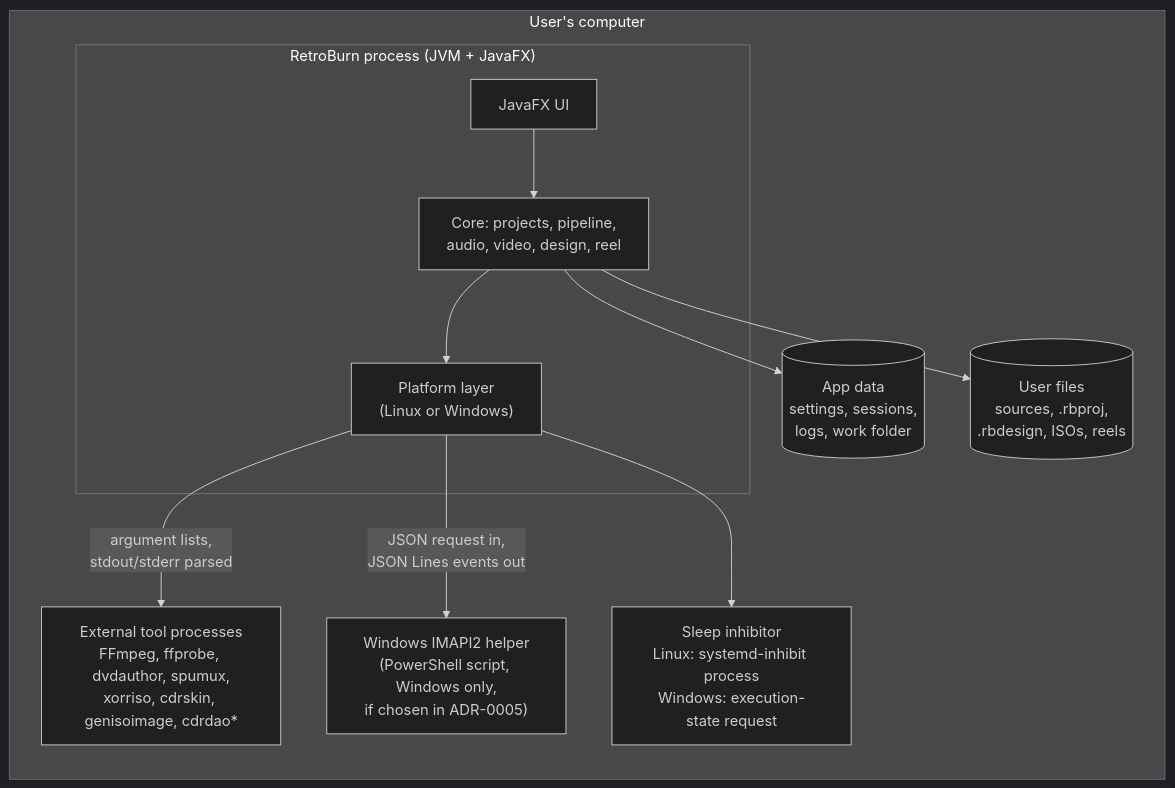
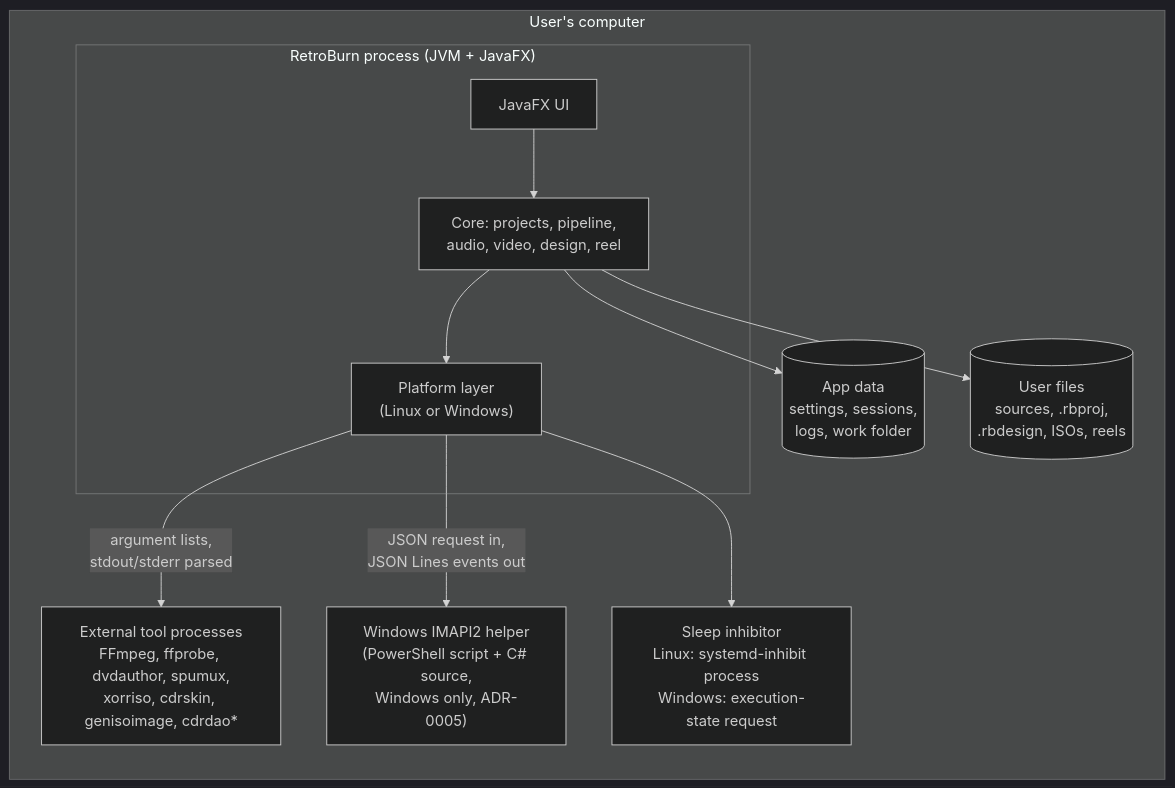
One commit to aerohelper/retroburn changed the second of 2 diagrams in docs/architecture/SAD.md. Above: the diagram before and after it, drawn with Mermaid (dark theme). The commit also changed other lines of this file and 8 other files, not shown here.

First line of the commit message:
docs: accept the PowerShell helper for IMAPI2 and design the Windows platform

````diff
--- a/docs/architecture/SAD.md
+++ b/docs/architecture/SAD.md
@@ -241,21 +241,21 @@
 ```mermaid
 flowchart LR
     subgraph machine["User's computer"]
         subgraph jvm["RetroBurn process (JVM + JavaFX)"]
             ui["JavaFX UI"]
             core["Core: projects, pipeline,<br/>audio, video, design, reel"]
             plat["Platform layer<br/>(Linux or Windows)"]
             ui --> core --> plat
         end
-        helper["Windows IMAPI2 helper<br/>(PowerShell script, Windows only,<br/>if chosen in ADR-0005)"]
+        helper["Windows IMAPI2 helper<br/>(PowerShell script + C# source,<br/>Windows only, ADR-0005)"]
         tools["External tool processes<br/>FFmpeg, ffprobe, dvdauthor, spumux,<br/>xorriso, cdrskin, genisoimage, cdrdao*"]
         inhibit["Sleep inhibitor<br/>Linux: systemd-inhibit process<br/>Windows: execution-state request"]
         data[("App data<br/>settings, sessions,<br/>logs, work folder")]
         user[("User files<br/>sources, .rbproj,<br/>.rbdesign, ISOs, reels")]
     end
     plat -->|"argument lists,<br/>stdout/stderr parsed"| tools
     plat -->|"JSON request in,<br/>JSON Lines events out"| helper
     plat --> inhibit
     core --> data
     core --> user
 ```
````
